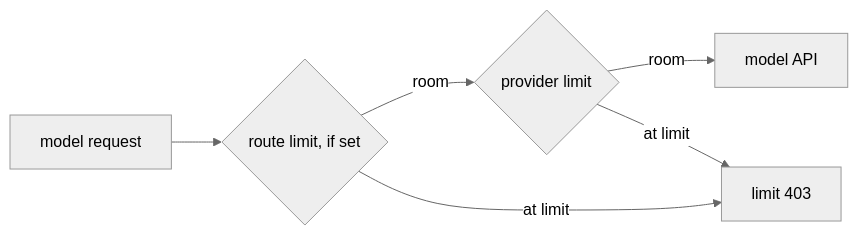
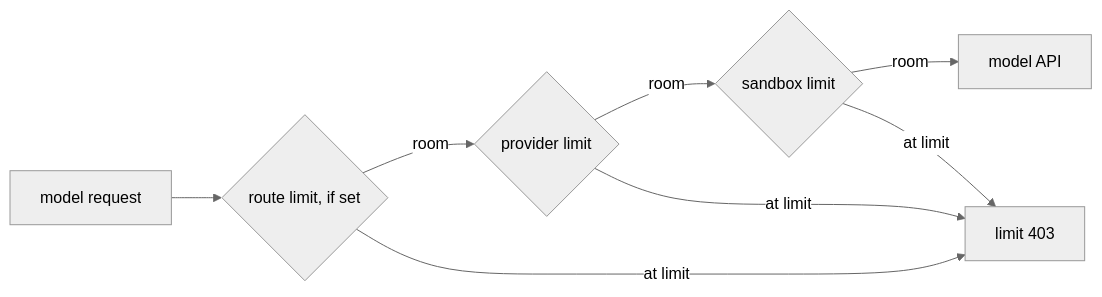
The diagram in docs/design/queue/provider-limits.md (zgeoff/nixie), drawn with Mermaid (neutral theme) before and after one commit. The commit also changed other lines of this file, not shown here.

Commit message:
docs(design): settle provider limits after the blind tests

````diff
--- a/docs/design/queue/provider-limits.md
+++ b/docs/design/queue/provider-limits.md
@@ -20,8 +20,10 @@
 ```mermaid
 flowchart LR
   req[model request] --> route{route limit, if set}
   route -->|room| provider{provider limit}
-  provider -->|room| upstream[model API]
+  provider -->|room| sandbox{sandbox limit}
+  sandbox -->|room| upstream[model API]
   route -->|at limit| refuse[limit 403]
   provider -->|at limit| refuse
+  sandbox -->|at limit| refuse
 ```
````
